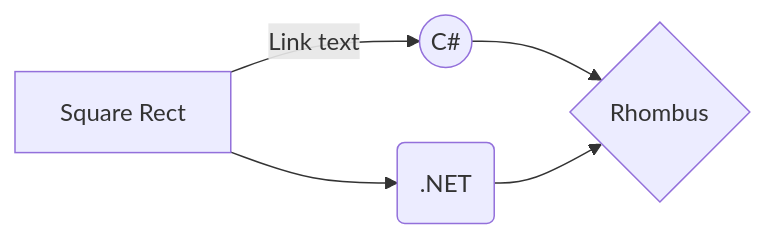
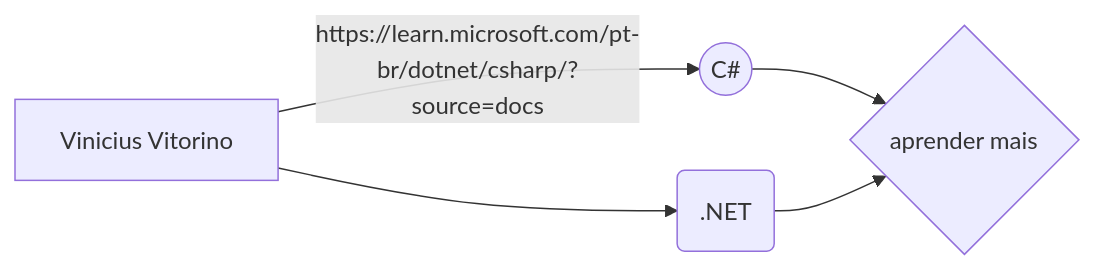
One commit to ViniciusVitorinoSantos/EstudosCS changed the diagram in README.md. Above: the diagram before and after it, drawn with Mermaid.

````diff
--- a/README.md
+++ b/README.md
@@ -4,7 +4,7 @@
 ```mermaid
 graph LR
-A[Square Rect] -- Link text --> B((C#))
+A[Vinicius Vitorino] -- https://learn.microsoft.com/pt-br/dotnet/csharp/?source=docs --> B((C#))
 A --> C(.NET)
-B --> D{Rhombus}
+B --> D{aprender mais}
 C --> D
 ```
````
